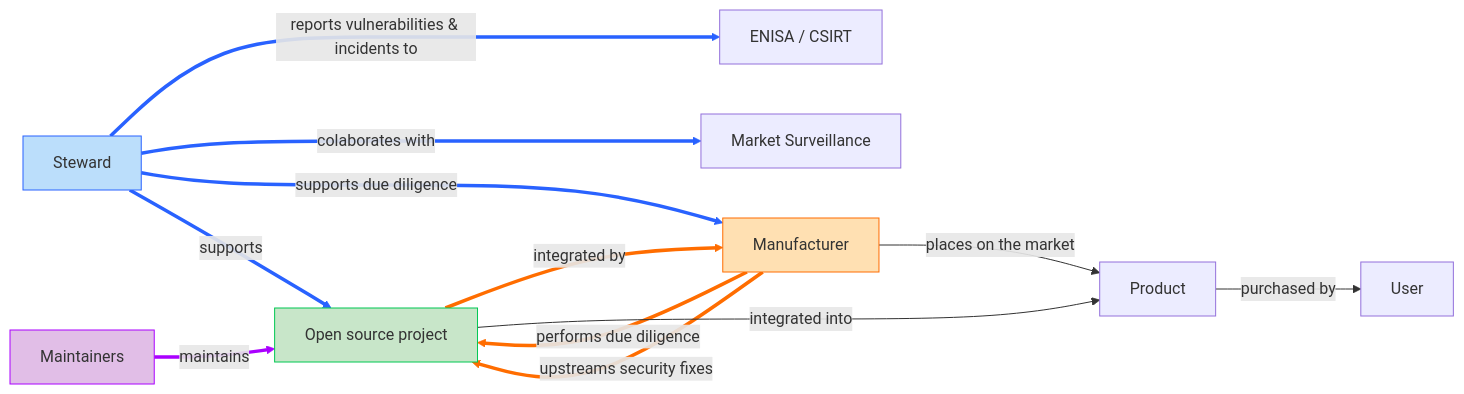
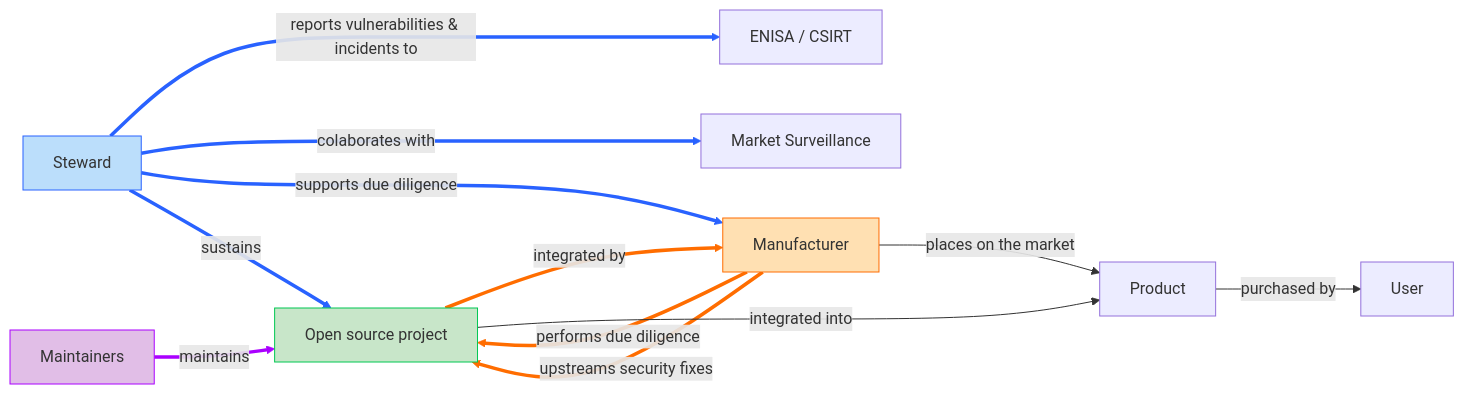
Before and after one commit to orcwg/orcwg: the diagram in cyber-resilience-sig/README.md, drawn with Mermaid.

````diff
--- a/cyber-resilience-sig/README.md
+++ b/cyber-resilience-sig/README.md
@@ -15,27 +15,27 @@
 ```mermaid
 flowchart LR
     foss["Open source project"] == integrated by ==> manufacturer["Manufacturer"] 
     manufacturer == performs due diligence ==> foss
     steward["Steward"] == reports vulnerabilities & incidents to ===> enisa["ENISA / CSIRT"]
     steward == colaborates with ===> msa["Market Surveillance"]
     steward == supports due diligence ==> manufacturer
-    steward == supports ==> foss
+    steward == sustains ==> foss
     maintainers["Maintainers"] == maintains ==> foss
     manufacturer == upstreams security fixes ==> foss
     manufacturer -- places on the market --> product["Product"]
     foss -- integrated into --> product
     product -- purchased by --> user["User"]
 
     style steward fill:#BBDEFB,stroke:#2962FF
     style foss fill:#C8E6C9,stroke:#00C853
     style manufacturer stroke:#FF6D00,fill:#FFE0B2
     style maintainers fill:#E1BEE7,stroke:#AA00FF
     linkStyle 0 stroke:#FF6D00,fill:none
     linkStyle 1 stroke:#FF6D00,fill:none
     linkStyle 2 stroke:#2962FF,fill:none
     linkStyle 3 stroke:#2962FF,fill:none
     linkStyle 4 stroke:#2962FF,fill:none
     linkStyle 5 stroke:#2962FF,fill:none
     linkStyle 6 stroke:#AA00FF,fill:none
     linkStyle 7 stroke:#FF6D00,fill:none
 ```
````
